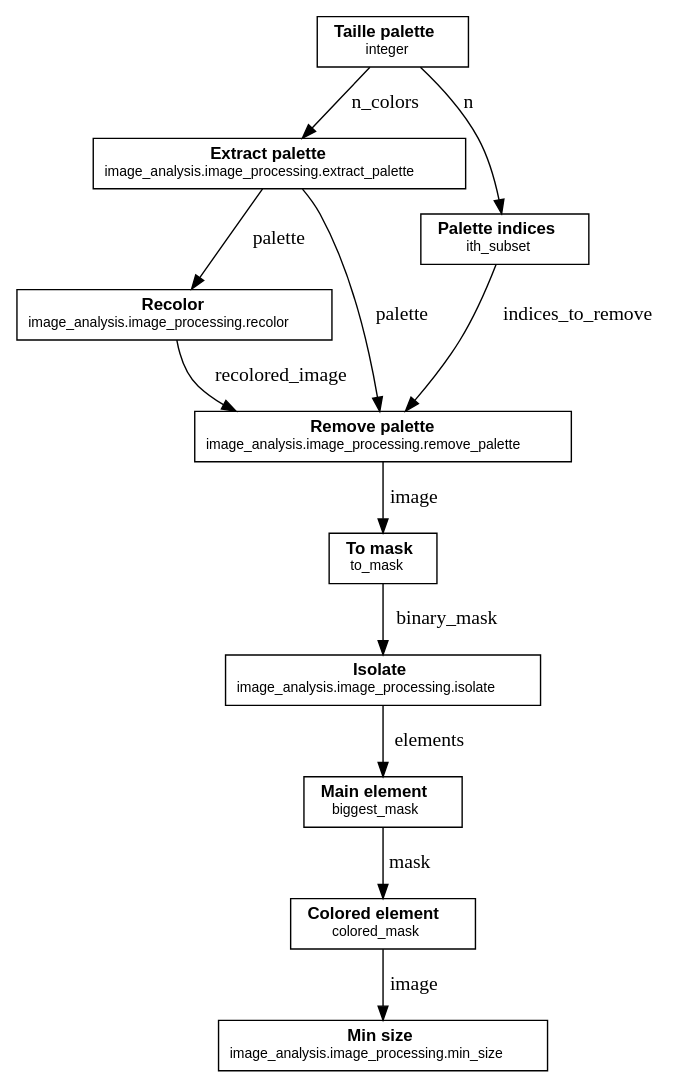
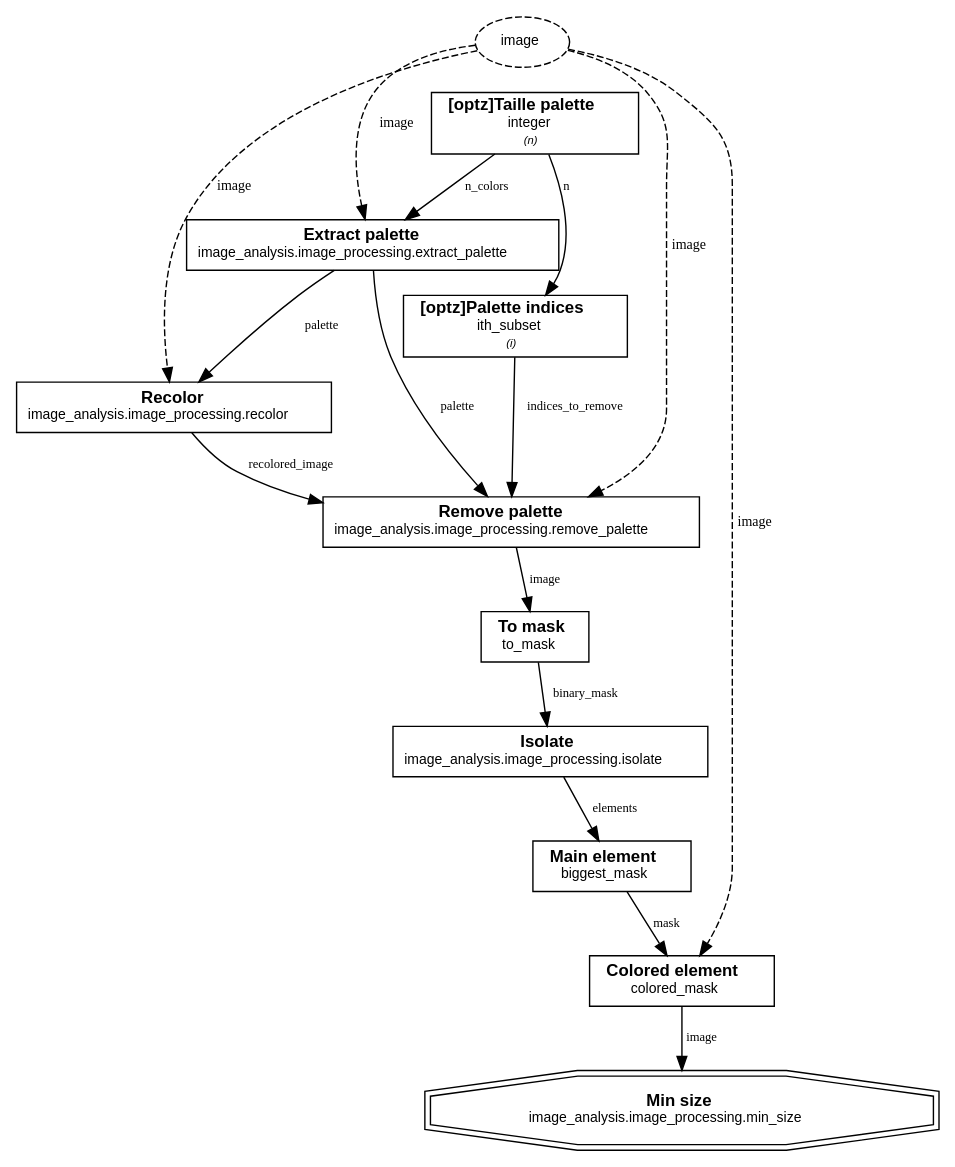
The diagram in examples/optimization/lolipop.dot (centralelyon/pipeoptz), drawn with Graphviz before and after one commit. The commit also changed 3 other files, not shown here.

```diff
--- a/examples/optimization/lolipop.dot
+++ b/examples/optimization/lolipop.dot
@@ -1,25 +1,37 @@
 digraph Pipeline {
   rankdir=TB;
   node [fontsize=12 fontname="Helvetica"];
-  "Taille palette" [shape=box, label=< <B>Taille palette</B><BR/><FONT POINT-SIZE="10">integer</FONT> >];
-  "Extract palette" [shape=box, label=< <B>Extract palette</B><BR/><FONT POINT-SIZE="10">image_analysis.image_processing.extract_palette</FONT> >];
-  "Palette indices" [shape=box, label=< <B>Palette indices</B><BR/><FONT POINT-SIZE="10">ith_subset</FONT> >];
+  "[optz]Taille_palette" [shape=box, label=< <B>[optz]Taille palette</B><BR/><FONT POINT-SIZE="10">integer</FONT> <BR/><FONT POINT-SIZE="8"><I>(n)</I></FONT> >];
+  "Extract_palette" [shape=box, label=< <B>Extract palette</B><BR/><FONT POINT-SIZE="10">image_analysis.image_processing.extract_palette</FONT> >];
+  "[optz]Palette_indices" [shape=box, label=< <B>[optz]Palette indices</B><BR/><FONT POINT-SIZE="10">ith_subset</FONT> <BR/><FONT POINT-SIZE="8"><I>(i)</I></FONT> >];
   "Recolor" [shape=box, label=< <B>Recolor</B><BR/><FONT POINT-SIZE="10">image_analysis.image_processing.recolor</FONT> >];
-  "Remove palette" [shape=box, label=< <B>Remove palette</B><BR/><FONT POINT-SIZE="10">image_analysis.image_processing.remove_palette</FONT> >];
-  "To mask" [shape=box, label=< <B>To mask</B><BR/><FONT POINT-SIZE="10">to_mask</FONT> >];
+  "Remove_palette" [shape=box, label=< <B>Remove palette</B><BR/><FONT POINT-SIZE="10">image_analysis.image_processing.remove_palette</FONT> >];
+  "To_mask" [shape=box, label=< <B>To mask</B><BR/><FONT POINT-SIZE="10">to_mask</FONT> >];
   "Isolate" [shape=box, label=< <B>Isolate</B><BR/><FONT POINT-SIZE="10">image_analysis.image_processing.isolate</FONT> >];
-  "Main element" [shape=box, label=< <B>Main element</B><BR/><FONT POINT-SIZE="10">biggest_mask</FONT> >];
-  "Colored element" [shape=box, label=< <B>Colored element</B><BR/><FONT POINT-SIZE="10">colored_mask</FONT> >];
-  "Min size" [shape=box, label=< <B>Min size</B><BR/><FONT POINT-SIZE="10">image_analysis.image_processing.min_size</FONT> >];
-  "Taille palette" -> "Extract palette" [label="n_colors"];
-  "Taille palette" -> "Palette indices" [label="n"];
-  "Extract palette" -> "Recolor" [label="palette"];
-  "Recolor" -> "Remove palette" [label="recolored_image"];
-  "Extract palette" -> "Remove palette" [label="palette"];
-  "Palette indices" -> "Remove palette" [label="indices_to_remove"];
-  "Remove palette" -> "To mask" [label="image"];
-  "To mask" -> "Isolate" [label="binary_mask"];
-  "Isolate" -> "Main element" [label="elements"];
-  "Main element" -> "Colored element" [label="mask"];
-  "Colored element" -> "Min size" [label="image"];
+  "Main_element" [shape=box, label=< <B>Main element</B><BR/><FONT POINT-SIZE="10">biggest_mask</FONT> >];
+  "Colored_element" [shape=box, label=< <B>Colored element</B><BR/><FONT POINT-SIZE="10">colored_mask</FONT> >];
+  "Min_size" [shape=doubleoctagon, label=< <B>Min size</B><BR/><FONT POINT-SIZE="10">image_analysis.image_processing.min_size</FONT> >];
+  { rank=source; "params_image"; }
+  "params_image" [shape=ellipse, style=dashed, label=< <FONT POINT-SIZE="10">image</FONT> >];
+  "params_image" -> "Extract_palette" [label="image", fontsize=10, style=dashed];
+  "[optz]Taille_palette" -> "Extract_palette" [label="n_colors", fontsize=9];
+  "[optz]Taille_palette" -> "[optz]Palette_indices" [label="n", fontsize=9];
+  { rank=source; "params_image"; }
+  "params_image" [shape=ellipse, style=dashed, label=< <FONT POINT-SIZE="10">image</FONT> >];
+  "params_image" -> "Recolor" [label="image", fontsize=10, style=dashed];
+  "Extract_palette" -> "Recolor" [label="palette", fontsize=9];
+  { rank=source; "params_image"; }
+  "params_image" [shape=ellipse, style=dashed, label=< <FONT POINT-SIZE="10">image</FONT> >];
+  "params_image" -> "Remove_palette" [label="image", fontsize=10, style=dashed];
+  "Recolor" -> "Remove_palette" [label="recolored_image", fontsize=9];
+  "Extract_palette" -> "Remove_palette" [label="palette", fontsize=9];
+  "[optz]Palette_indices" -> "Remove_palette" [label="indices_to_remove", fontsize=9];
+  "Remove_palette" -> "To_mask" [label="image", fontsize=9];
+  "To_mask" -> "Isolate" [label="binary_mask", fontsize=9];
+  "Isolate" -> "Main_element" [label="elements", fontsize=9];
+  { rank=source; "params_image"; }
+  "params_image" [shape=ellipse, style=dashed, label=< <FONT POINT-SIZE="10">image</FONT> >];
+  "params_image" -> "Colored_element" [label="image", fontsize=10, style=dashed];
+  "Main_element" -> "Colored_element" [label="mask", fontsize=9];
+  "Colored_element" -> "Min_size" [label="image", fontsize=9];
 }
```
